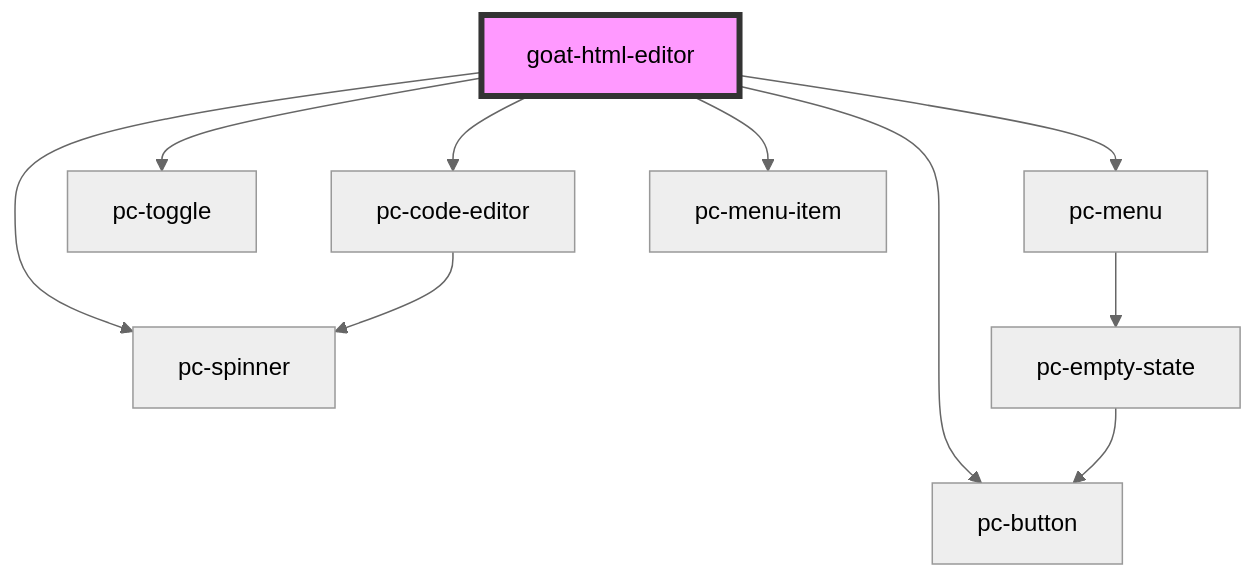
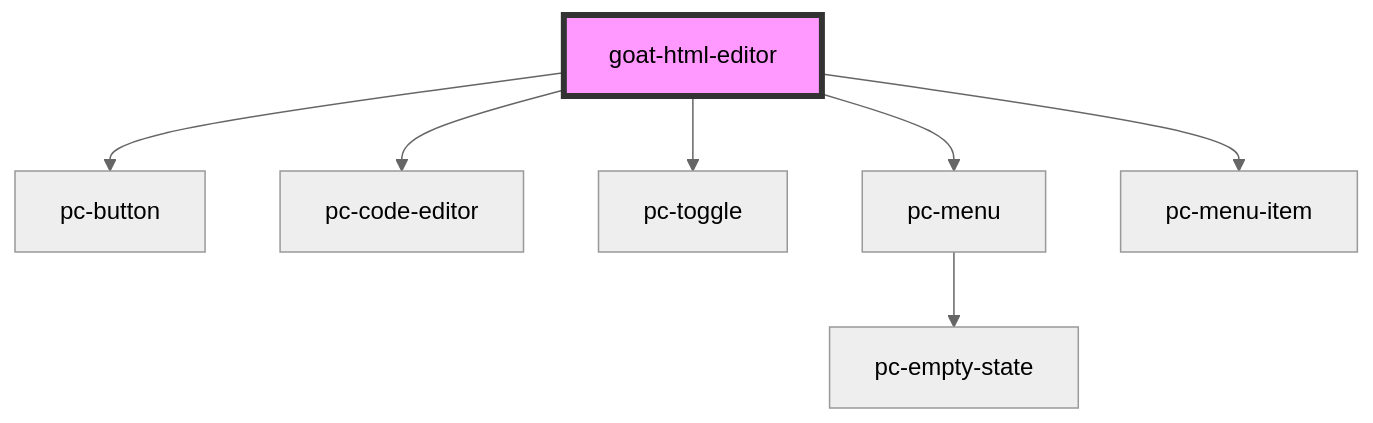
Before and after one commit to redvars/peacock: the diagram in src/components/input-controls/html-editor/readme.md, drawn with Mermaid (neutral theme). The commit also changed other lines of this file and 110 other files, not shown here.

````diff
--- a/src/components/input-controls/html-editor/readme.md
+++ b/src/components/input-controls/html-editor/readme.md
@@ -84,13 +83,10 @@
 ```mermaid
 graph TD;
   goat-html-editor --> pc-button
-  goat-html-editor --> pc-spinner
   goat-html-editor --> pc-code-editor
   goat-html-editor --> pc-toggle
   goat-html-editor --> pc-menu
   goat-html-editor --> pc-menu-item
-  pc-code-editor --> pc-spinner
   pc-menu --> pc-empty-state
-  pc-empty-state --> pc-button
   style goat-html-editor fill:#f9f,stroke:#333,stroke-width:4px
 ```
````
